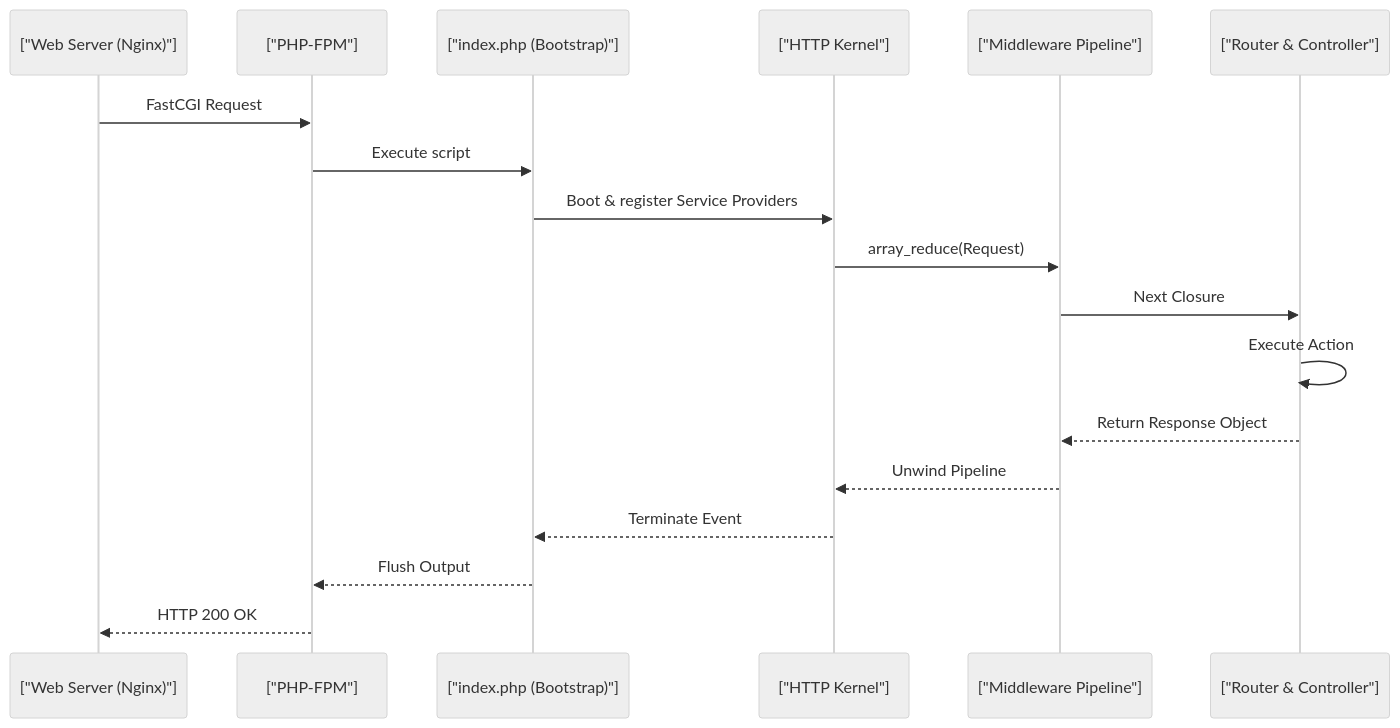
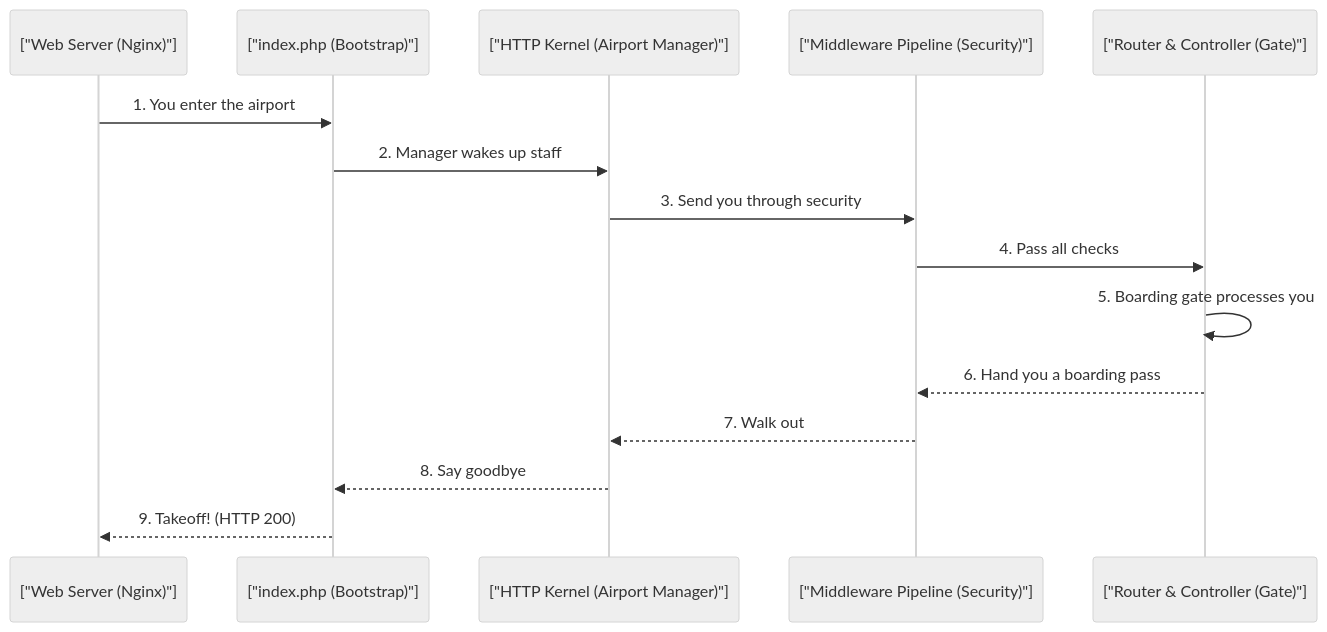
One commit to fazleyrabby/backend-engineering-mastery changed the diagram in laravel-internals/02_request_lifecycle_middleware.md. Above: the diagram before and after it, drawn with Mermaid (neutral theme). The commit also changed other lines of this file and 4 other files, not shown here.

````diff
--- a/laravel-internals/02_request_lifecycle_middleware.md
+++ b/laravel-internals/02_request_lifecycle_middleware.md
@@ -23,21 +27,18 @@
 ```mermaid
 sequenceDiagram
     participant Web as ["Web Server (Nginx)"]
-    participant FPM as ["PHP-FPM"]
     participant App as ["index.php (Bootstrap)"]
-    participant Kernel as ["HTTP Kernel"]
-    participant Pipe as ["Middleware Pipeline"]
-    participant Route as ["Router & Controller"]
+    participant Kernel as ["HTTP Kernel (Airport Manager)"]
+    participant Pipe as ["Middleware Pipeline (Security)"]
+    participant Route as ["Router & Controller (Gate)"]
 
-    Web->>FPM: FastCGI Request
-    FPM->>App: Execute script
-    App->>Kernel: Boot & register Service Providers
-    Kernel->>Pipe: array_reduce(Request)
-    Pipe->>Route: Next Closure
-    Route->>Route: Execute Action
-    Route-->>Pipe: Return Response Object
-    Pipe-->>Kernel: Unwind Pipeline
-    Kernel-->>App: Terminate Event
-    App-->>FPM: Flush Output
-    FPM-->>Web: HTTP 200 OK
+    Web->>App: 1. You enter the airport
+    App->>Kernel: 2. Manager wakes up staff
+    Kernel->>Pipe: 3. Send you through security
+    Pipe->>Route: 4. Pass all checks
+    Route->>Route: 5. Boarding gate processes you
+    Route-->>Pipe: 6. Hand you a boarding pass
+    Pipe-->>Kernel: 7. Walk out
+    Kernel-->>App: 8. Say goodbye
+    App-->>Web: 9. Takeoff! (HTTP 200)
 ```
````
